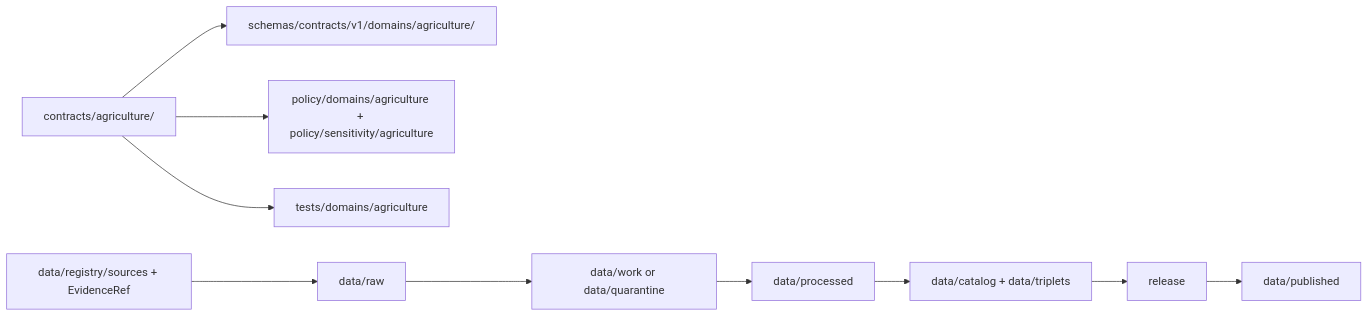
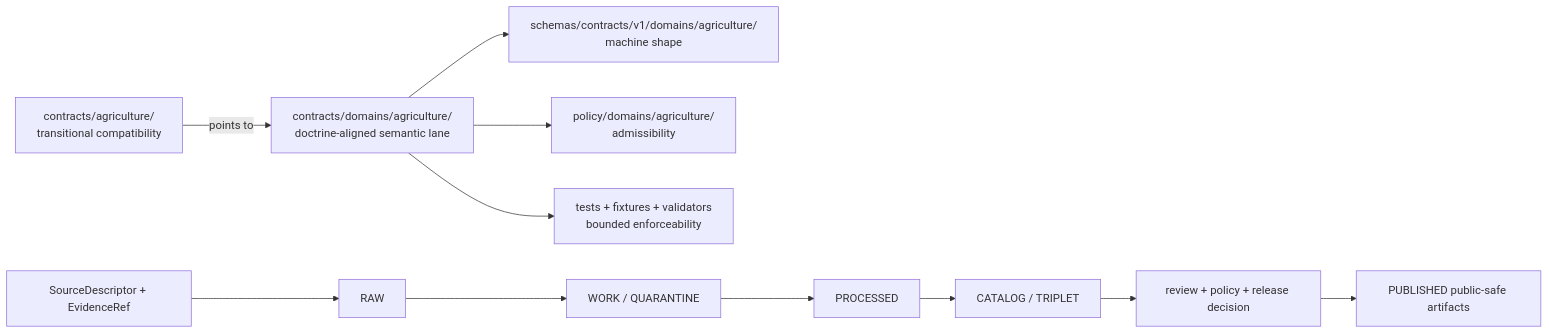
The diagram in contracts/agriculture/README.md (bartytime4life/Kansas-Frontier-Matrix), drawn with Mermaid before and after one commit. The commit also changed other lines of this file, not shown here.

Commit message:
docs(contracts): modernize agriculture README

````diff
--- a/contracts/agriculture/README.md
+++ b/contracts/agriculture/README.md
@@ -207,12 +217,13 @@
 ```mermaid
 flowchart LR
-  CONTRACT[contracts/agriculture/] --> SCHEMA[schemas/contracts/v1/domains/agriculture/]
-  CONTRACT --> POLICY[policy/domains/agriculture + policy/sensitivity/agriculture]
-  CONTRACT --> TESTS[tests/domains/agriculture]
-  SOURCE[data/registry/sources + EvidenceRef] --> RAW[data/raw]
-  RAW --> WORK[data/work or data/quarantine]
-  WORK --> PROC[data/processed]
-  PROC --> CAT[data/catalog + data/triplets]
-  CAT --> REL[release]
-  REL --> PUB[data/published]
+  LEGACY["contracts/agriculture/<br/>transitional compatibility"] -->|points to| CONTRACT["contracts/domains/agriculture/<br/>doctrine-aligned semantic lane"]
+  CONTRACT --> SCHEMA["schemas/contracts/v1/domains/agriculture/<br/>machine shape"]
+  CONTRACT --> POLICY["policy/domains/agriculture/<br/>admissibility"]
+  CONTRACT --> TESTS["tests + fixtures + validators<br/>bounded enforceability"]
+  SOURCE["SourceDescriptor + EvidenceRef"] --> RAW["RAW"]
+  RAW --> WORK["WORK / QUARANTINE"]
+  WORK --> PROC["PROCESSED"]
+  PROC --> CAT["CATALOG / TRIPLET"]
+  CAT --> RELEASE["review + policy + release decision"]
+  RELEASE --> PUB["PUBLISHED public-safe artifacts"]
 ```
````
